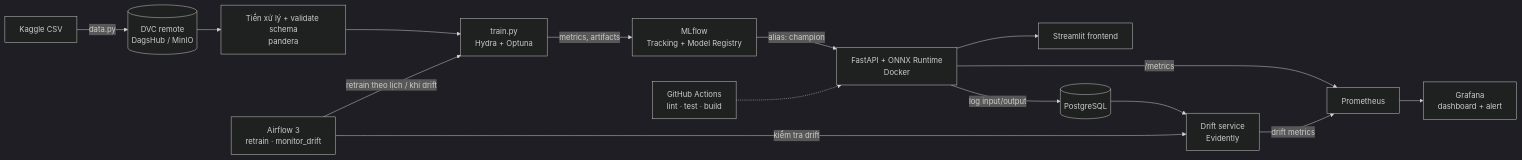
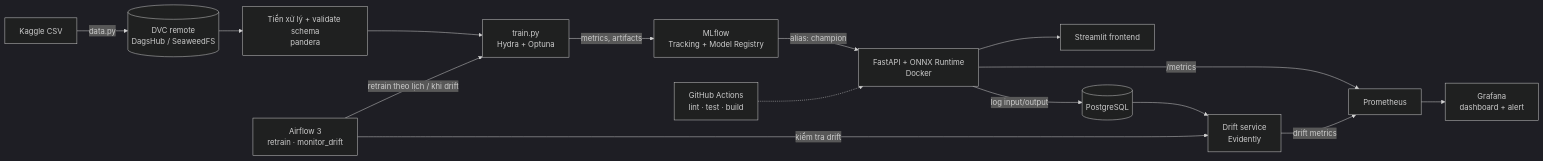
The diagram in README.md (quandao073/IT5414-Group7-MLOps), drawn with Mermaid (dark theme) before and after one commit. The commit also changed other lines of this file and 1 other file, not shown here.

Commit message:
docs: document the docker compose services, the self-hosted MLflow switch and the local DVC remote

````diff
--- a/README.md
+++ b/README.md
@@ -151,17 +169,17 @@
 ```mermaid
 flowchart LR
-    A[Kaggle CSV] -->|data.py| B[(DVC remote<br/>DagsHub / MinIO)]
+    A[Kaggle CSV] -->|data.py| B[(DVC remote<br/>DagsHub / SeaweedFS)]
     B --> C[Tiền xử lý + validate schema<br/>pandera]
     C --> D[train.py<br/>Hydra + Optuna]
     D -->|metrics, artifacts| E[MLflow<br/>Tracking + Model Registry]
     E -->|alias: champion| F[FastAPI + ONNX Runtime<br/>Docker]
     F --> G[Streamlit frontend]
     F -->|log input/output| P[(PostgreSQL)]
     P --> H[Drift service<br/>Evidently]
     F -->|/metrics| I[Prometheus]
     H -->|drift metrics| I
     I --> K[Grafana<br/>dashboard + alert]
     L[Airflow 3<br/>retrain · monitor_drift] -->|kiểm tra drift| H
     L -->|retrain theo lịch / khi drift| D
     J[GitHub Actions<br/>lint · test · build] -.-> F
 ```
````
